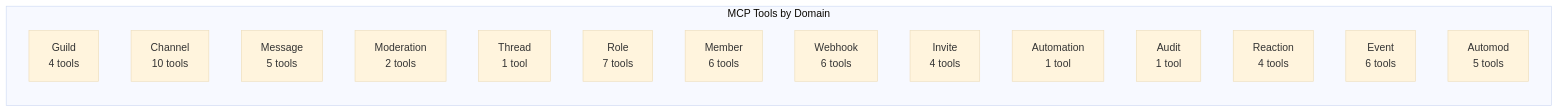
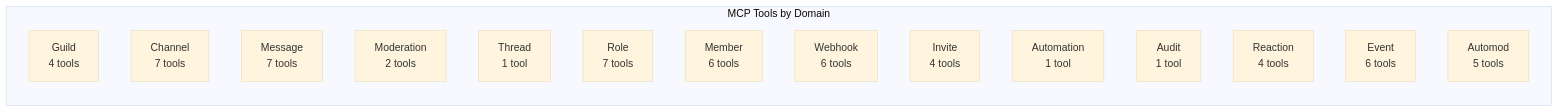
One commit to Rastrian/DiscordMCP changed the third of 5 diagrams in README.md. Above: the diagram before and after it, drawn with Mermaid (base theme). The commit also changed other lines of this file and 12 other files, not shown here.

````diff
--- a/README.md
+++ b/README.md
@@ -65,19 +65,19 @@
 ```mermaid
 graph LR
     subgraph "MCP Tools by Domain"
         G["Guild<br/>4 tools"]
-        CH["Channel<br/>10 tools"]
-        MSG["Message<br/>5 tools"]
+        CH["Channel<br/>7 tools"]
+        MSG["Message<br/>7 tools"]
         MOD["Moderation<br/>2 tools"]
         THR["Thread<br/>1 tool"]
         ROLE["Role<br/>7 tools"]
         MEM["Member<br/>6 tools"]
         WH["Webhook<br/>6 tools"]
         INV["Invite<br/>4 tools"]
         AUTO["Automation<br/>1 tool"]
         AUD["Audit<br/>1 tool"]
         REA["Reaction<br/>4 tools"]
         EVT["Event<br/>6 tools"]
         AMOD["Automod<br/>5 tools"]
     end
 ```
````
